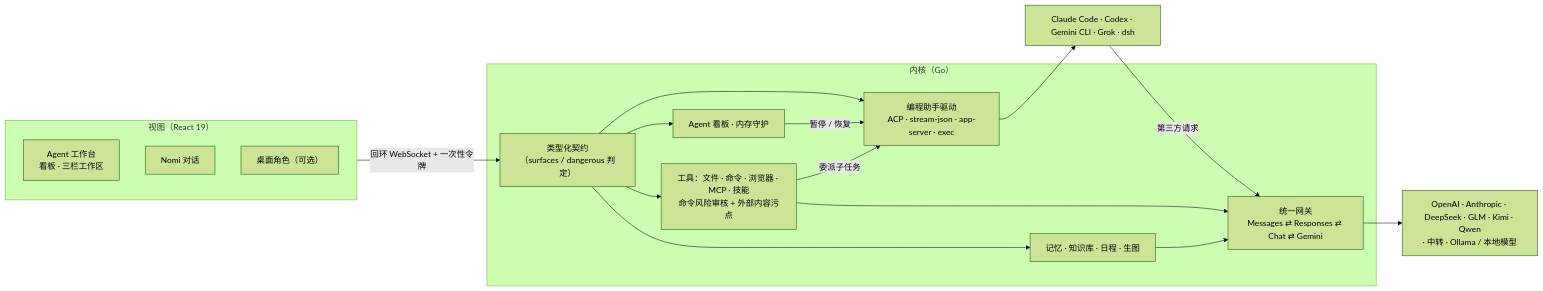
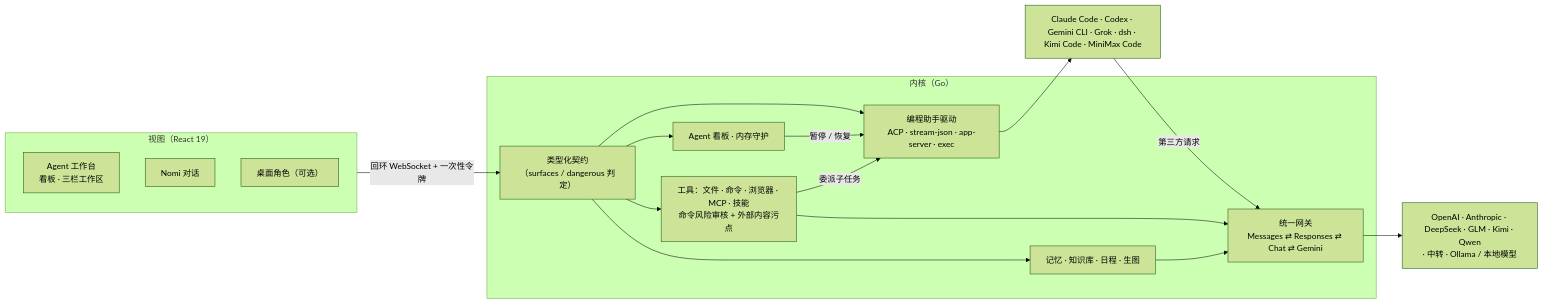
The diagram in README.md (Cookieboty/nomi-ai), drawn with Mermaid (forest theme) before and after one commit. The commit also changed other lines of this file and 3 other files, not shown here.

````diff
--- a/README.md
+++ b/README.md
@@ -93,26 +94,26 @@
 ```mermaid
 flowchart LR
   subgraph View["视图（React 19）"]
     Bench["Agent 工作台<br/>看板 · 三栏工作区"]
     Chat["Nomi 对话"]
     Mascot["桌面角色（可选）"]
   end
   subgraph Core["内核（Go）"]
     Contract["类型化契约<br/>（surfaces / dangerous 判定）"]
     Fleet["Agent 看板 · 内存守护"]
     Agents["编程助手驱动<br/>ACP · stream-json · app-server · exec"]
     Tools["工具：文件 · 命令 · 浏览器 · MCP · 技能<br/>命令风险审核 + 外部内容污点"]
     Mem["记忆 · 知识库 · 日程 · 生图"]
     GW["统一网关<br/>Messages ⇄ Responses ⇄ Chat ⇄ Gemini"]
   end
-  CLI["Claude Code · Codex · Gemini CLI · Grok · dsh"]
+  CLI["Claude Code · Codex · Gemini CLI · Grok · dsh · Kimi Code · MiniMax Code"]
   Up["OpenAI · Anthropic · DeepSeek · GLM · Kimi · Qwen<br/>· 中转 · Ollama / 本地模型"]
   View -- "回环 WebSocket + 一次性令牌" --> Contract
   Contract --> Fleet & Agents & Tools & Mem
   Fleet -- "暂停 / 恢复" --> Agents
   Agents --> CLI
   CLI -- "第三方请求" --> GW
   Tools -- "委派子任务" --> Agents
   Tools & Mem --> GW
   GW --> Up
 ```
````
